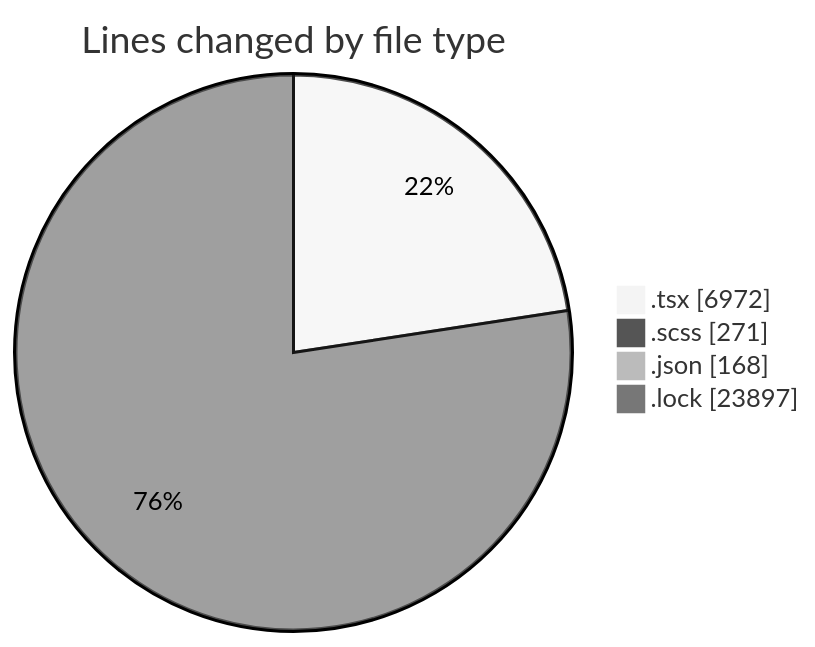
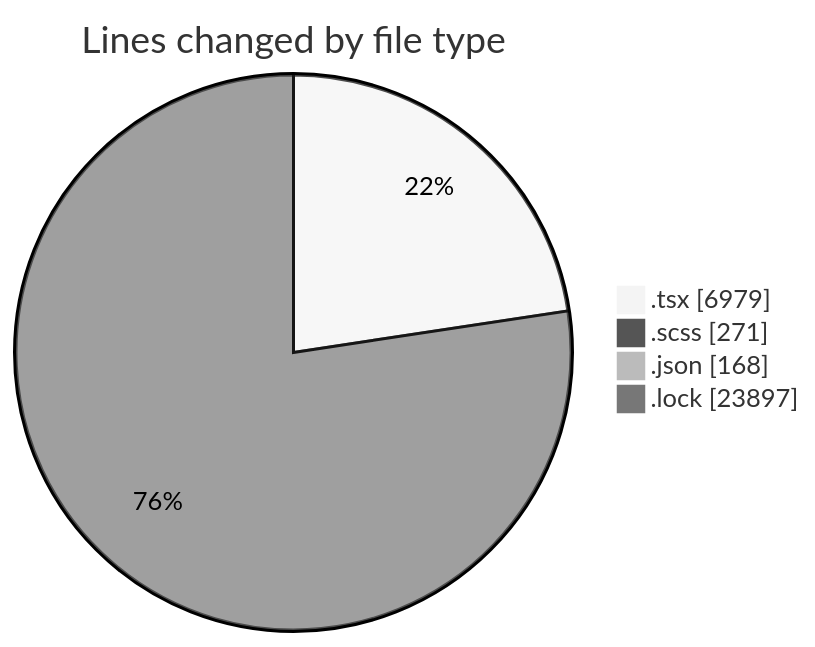
The first of 2 diagrams in 2025-11-18/cda/README.md (momahboobian/code-tracking), drawn with Mermaid (neutral theme) before and after one commit. The commit also changed other lines of this file and 1 other file, not shown here.

````diff
--- a/2025-11-18/cda/README.md
+++ b/2025-11-18/cda/README.md
@@ -34,8 +34,8 @@
 ```mermaid
 pie showData
 title Lines changed by file type
-".tsx" : 6972
+".tsx" : 6979
 ".scss" : 271
 ".json" : 168
 ".lock" : 23897
 ```
````
